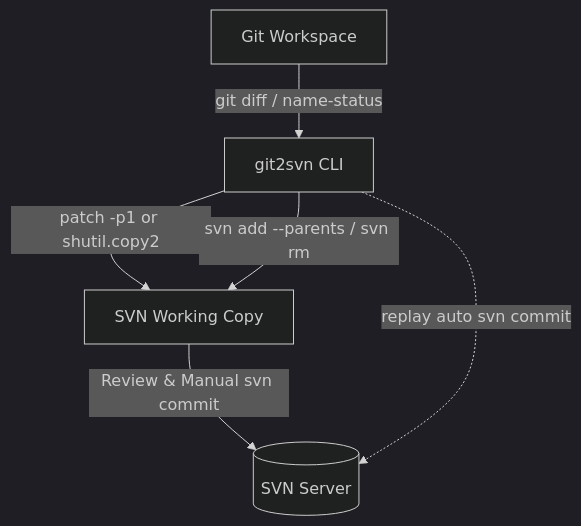
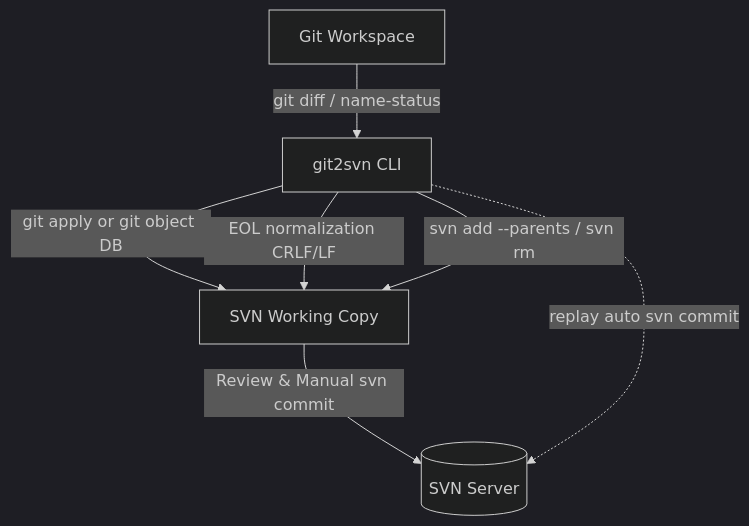
One commit to simon123h/git2svn changed the first of 2 diagrams in README.md. Above: the diagram before and after it, drawn with Mermaid (dark theme). The commit also changed other lines of this file and 2 other files, not shown here.

Commit message:
feat(patch): replace patch with git apply and add EOL normalization

````diff
--- a/README.md
+++ b/README.md
@@ -27,8 +30,9 @@
 ```mermaid
 flowchart TD
     Git[Git Workspace] -->|git diff / name-status| Bridge[git2svn CLI]
-    Bridge -->|patch -p1 or shutil.copy2| SVN[SVN Working Copy]
+    Bridge -->|git apply or git object DB| SVN[SVN Working Copy]
+    Bridge -->|EOL normalization CRLF/LF| SVN
     Bridge -->|svn add --parents / svn rm| SVN
     SVN -->|Review & Manual svn commit| Upstream[(SVN Server)]
     Bridge -.->|replay auto svn commit| Upstream
 ```
````
